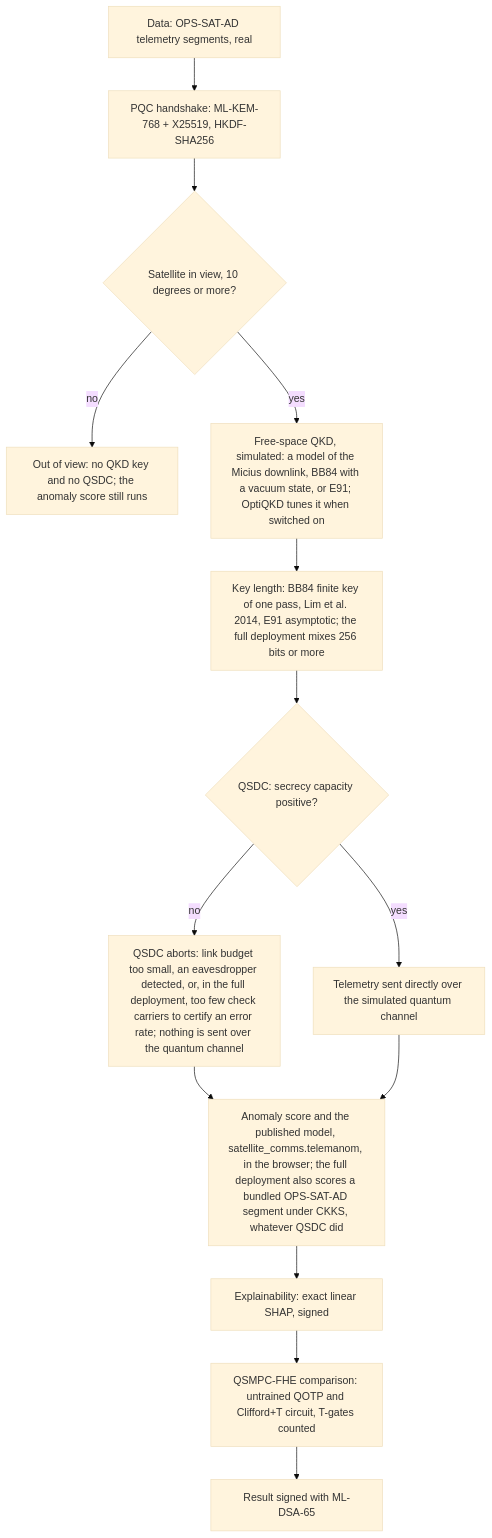
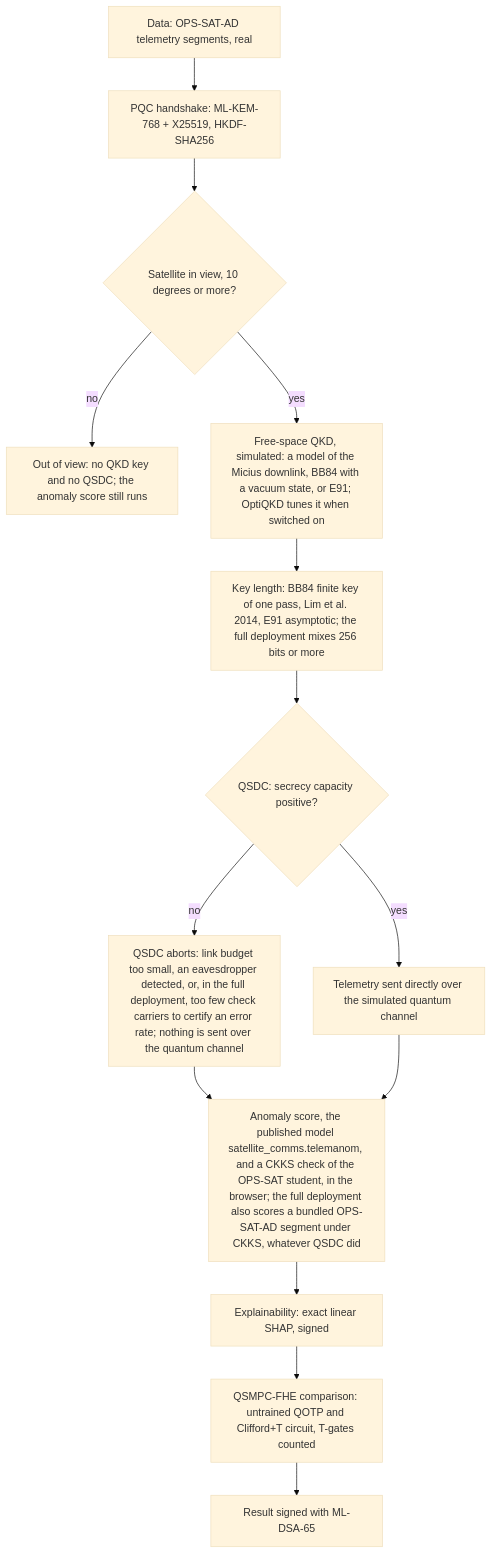
The seventh of 11 diagrams in README.md (Quantum-Daemons/QSMPC-QKD-QHE-AI-Hybrid), drawn with Mermaid (base theme) before and after one commit. The commit also changed 24 other files, not shown here.

First line of the commit message:
The satellite page checks its published student under CKKS

````diff
--- a/README.md
+++ b/README.md
@@ -247,29 +247,29 @@
 ```mermaid
 flowchart TB
   D["Data: OPS-SAT-AD telemetry segments, real"]
   H["PQC handshake: ML-KEM-768 + X25519, HKDF-SHA256"]
   V{"Satellite in view, 10 degrees or more?"}
   NV["Out of view: no QKD key and no QSDC; the anomaly score still runs"]
   K["Free-space QKD, simulated: a model of the Micius downlink, BB84 with a vacuum state, or E91; OptiQKD tunes it when switched on"]
   L["Key length: BB84 finite key of one pass, Lim et al. 2014, E91 asymptotic; the full deployment mixes 256 bits or more"]
   QD{"QSDC: secrecy capacity positive?"}
   NA["QSDC aborts: link budget too small, an eavesdropper detected, or, in the full deployment, too few check carriers to certify an error rate; nothing is sent over the quantum channel"]
   T["Telemetry sent directly over the simulated quantum channel"]
-  A["Anomaly score and the published model, satellite_comms.telemanom, in the browser; the full deployment also scores a bundled OPS-SAT-AD segment under CKKS, whatever QSDC did"]
+  A["Anomaly score, the published model satellite_comms.telemanom, and a CKKS check of the OPS-SAT student, in the browser; the full deployment also scores a bundled OPS-SAT-AD segment under CKKS, whatever QSDC did"]
   X["Explainability: exact linear SHAP, signed"]
   C["QSMPC-FHE comparison: untrained QOTP and Clifford+T circuit, T-gates counted"]
   S["Result signed with ML-DSA-65"]
   D --> H
   H --> V
   V -->|no| NV
   V -->|yes| K
   K --> L
   L --> QD
   QD -->|no| NA
   QD -->|yes| T
   NA --> A
   T --> A
   A --> X
   X --> C
   C --> S
 ```
````
